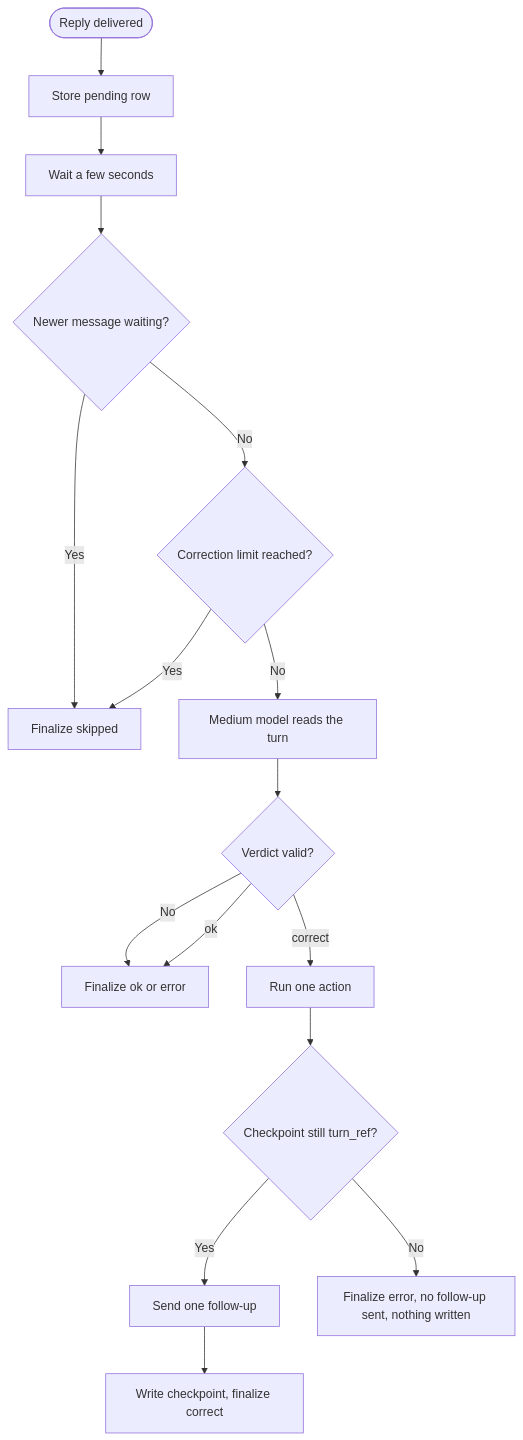
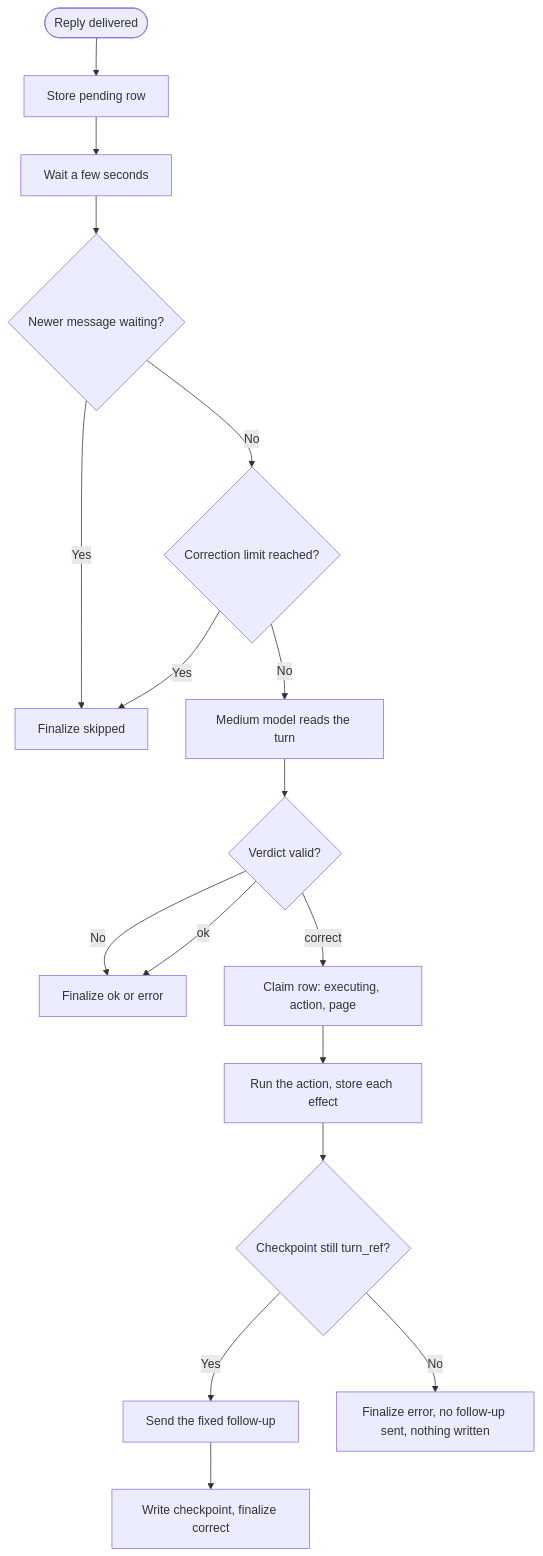
One commit to NickBorgersProbably/hide-my-list changed the diagram in docs/ai-prompts/interaction-review.md. Above: the diagram before and after it, drawn with Mermaid. The commit also changed other lines of this file and 17 other files, not shown here.

First line of the commit message:
fix(review): narrow actions, fixed follow-ups, claim before effects

````diff
--- a/docs/ai-prompts/interaction-review.md
+++ b/docs/ai-prompts/interaction-review.md
@@ -56,18 +69,19 @@
 ```mermaid
 flowchart TD
     Sent([Reply delivered]) --> Row[Store pending row]
     Row --> Wait[Wait a few seconds]
     Wait --> Pending{Newer message waiting?}
     Pending -->|Yes| Skip[Finalize skipped]
     Pending -->|No| Limit{Correction limit reached?}
     Limit -->|Yes| Skip
     Limit -->|No| Judge[Medium model reads the turn]
     Judge --> Valid{Verdict valid?}
     Valid -->|No| Final[Finalize ok or error]
     Valid -->|ok| Final
-    Valid -->|correct| Act[Run one action]
+    Valid -->|correct| Claim[Claim row: executing, action, page]
+    Claim --> Act[Run the action, store each effect]
     Act --> Current{Checkpoint still turn_ref?}
-    Current -->|Yes| Send[Send one follow-up]
+    Current -->|Yes| Send[Send the fixed follow-up]
     Send --> Write[Write checkpoint, finalize correct]
     Current -->|No| Stale[Finalize error, no follow-up sent, nothing written]
 ```
````
